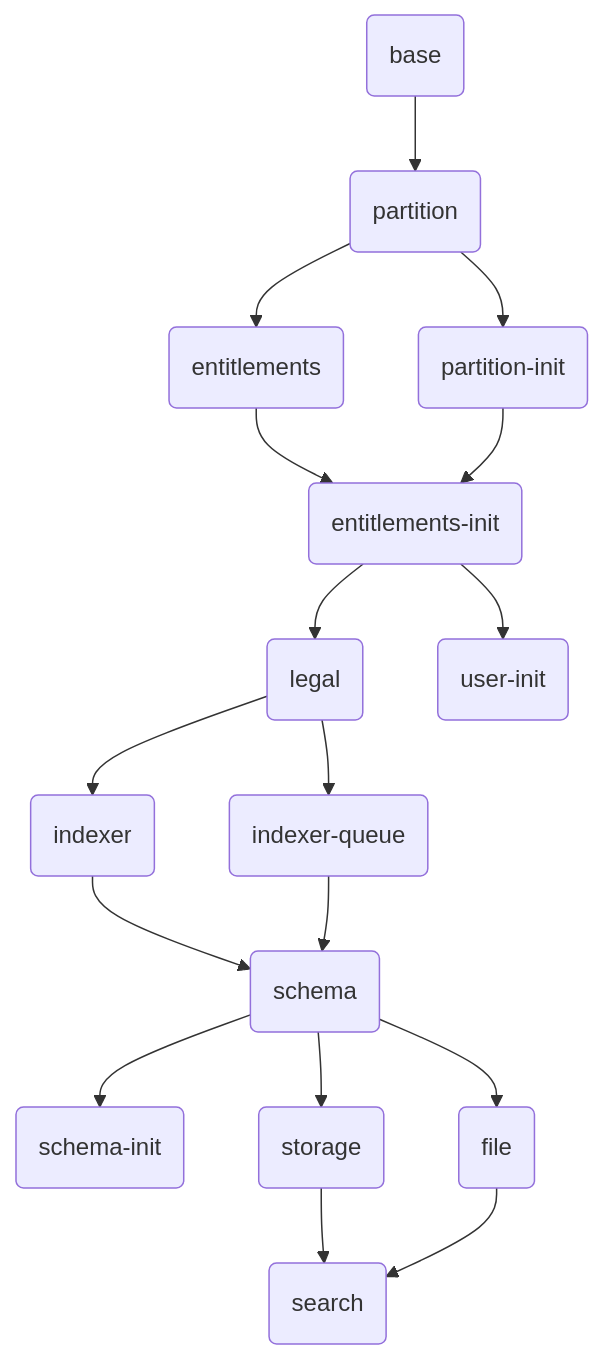
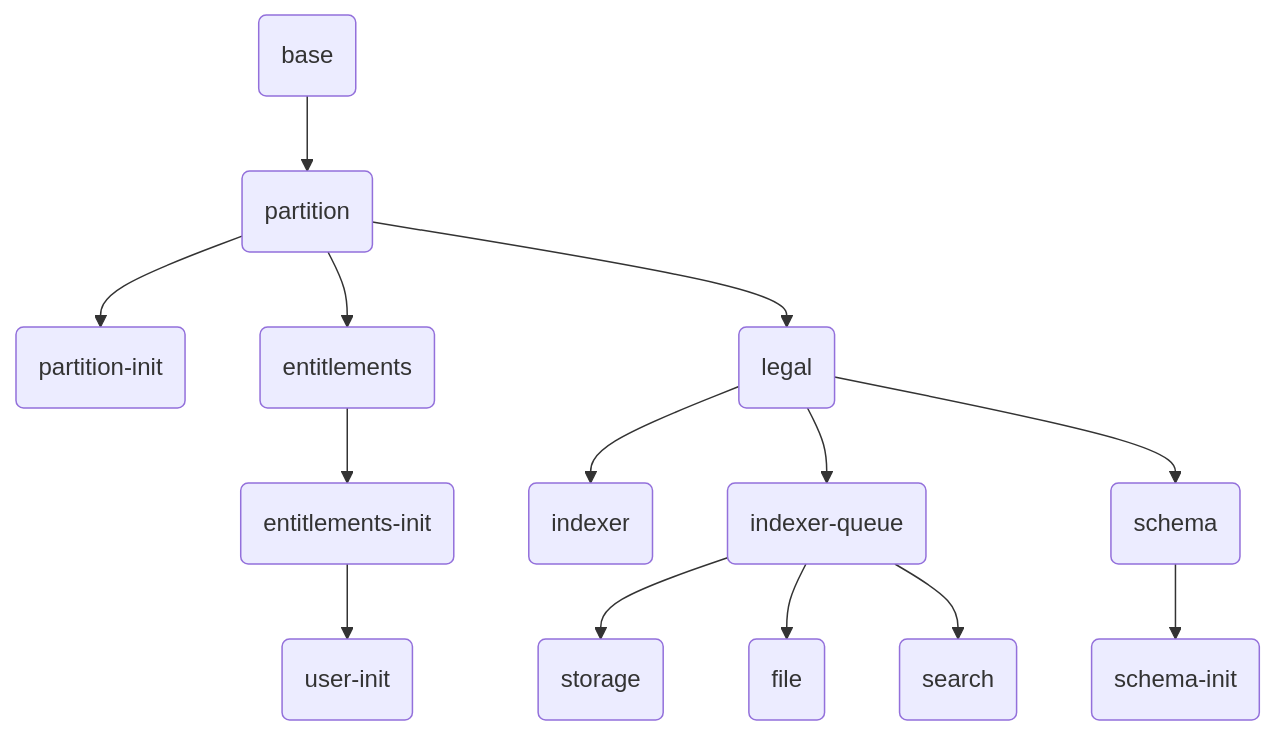
The diagram in software/applications/osdu-core/README.md (Azure/osdu-developer), drawn with Mermaid before and after one commit. The commit also changed 16 other files, not shown here.

````diff
--- a/software/applications/osdu-core/README.md
+++ b/software/applications/osdu-core/README.md
@@ -3,34 +3,31 @@
 ```mermaid
 flowchart TD
   base("base")
   partition("partition")
   partition_init("partition-init")
   entitlements("entitlements")
   entitlements_init("entitlements-init")
   legal("legal")
   indexer("indexer")
   indexer_queue("indexer-queue")
   user_init("user-init")
   schema("schema")
   schema_init("schema-init")
   storage("storage")
   file("file")
   search("search")
 
   base-->partition
   partition-->entitlements
   partition-->partition_init
   entitlements-->entitlements_init
-  partition_init-->entitlements_init
-  entitlements_init-->legal
+  entitlements_init-->user_init
+  partition-->legal
   legal-->indexer
   legal-->indexer_queue
-  entitlements_init-->user_init
-  indexer-->schema
-  indexer_queue-->schema
+  legal-->schema
   schema-->schema_init
-  schema-->storage
-  schema-->file
-  storage-->search
-  file-->search
+  indexer_queue-->storage
+  indexer_queue-->file
+  indexer_queue-->search
 ```
````
